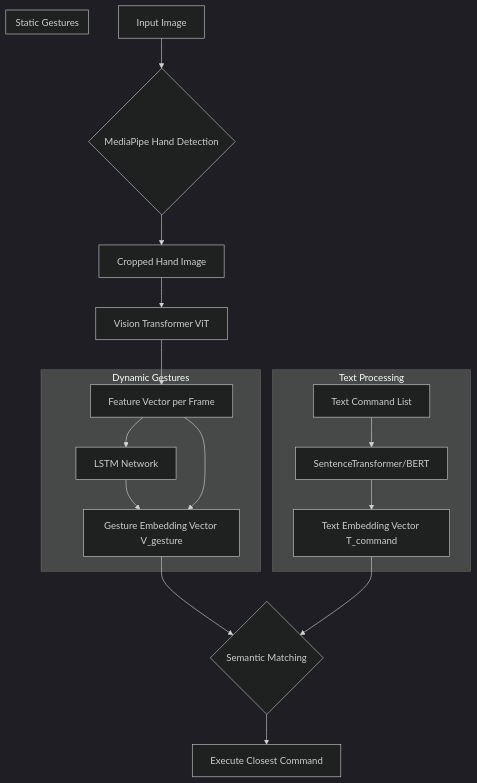
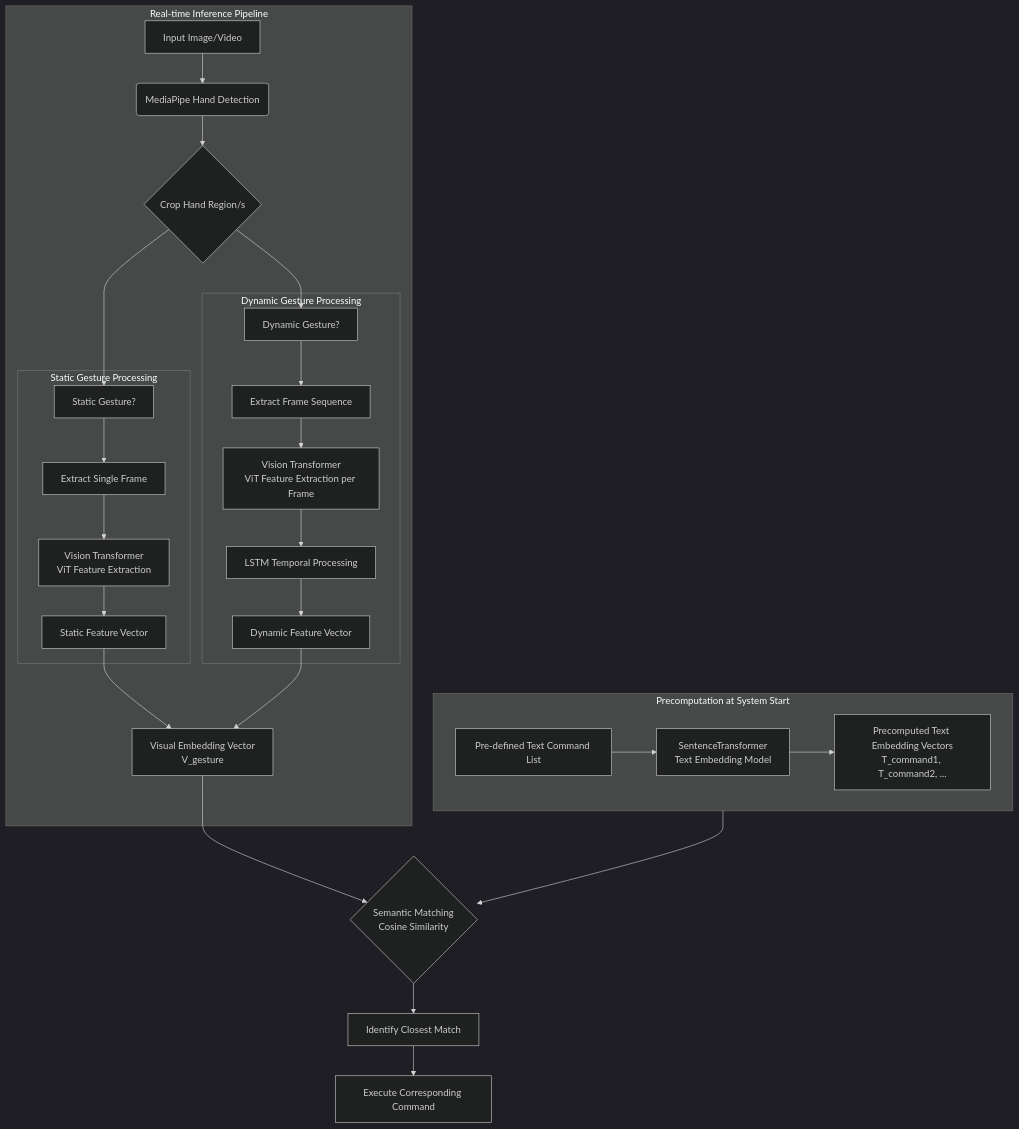
One commit to ntsrigaud/Maestro changed the diagram in docs/Topics/contribution_explanation.md. Above: the diagram before and after it, drawn with Mermaid (dark theme). The commit also changed other lines of this file, not shown here.

Commit message:
docs: Fix the Project Graph Archictecture and Explanation

````diff
--- a/docs/Topics/contribution_explanation.md
+++ b/docs/Topics/contribution_explanation.md
@@ -26,22 +26,37 @@
 ```mermaid
-graph TD
-    A[Input Image] --> B{MediaPipe Hand Detection};
-    B --> C[Cropped Hand Image];
-    C --> D[Vision Transformer ViT];
-    D --> E[Feature Vector per Frame];
-    subgraph Dynamic Gestures
-        E --> F[LSTM Network];
-        F --> G[Gesture Embedding Vector V_gesture];
+flowchart TD
+    subgraph Precomputation [Precomputation at System Start]
+        direction LR
+        N[Pre-defined Text Command List] --> O[SentenceTransformer<br>Text Embedding Model]
+        O --> P[Precomputed Text Embedding Vectors<br>T_command1, T_command2, ...]
     end
-    subgraph Static Gestures
-        E --> G;
+
+    subgraph RealtimeInference [Real-time Inference Pipeline]
+        A[Input Image/Video] --> B(MediaPipe Hand Detection)
+        B --> C{Crop Hand Region/s}
+        C --> D[Static Gesture?]
+        C --> E[Dynamic Gesture?]
+
+        subgraph StaticPath [Static Gesture Processing]
+            D --> F[Extract Single Frame]
+            F --> G[Vision Transformer<br>ViT Feature Extraction]
+            G --> H[Static Feature Vector]
+        end
+
+        subgraph DynamicPath [Dynamic Gesture Processing]
+            E --> I[Extract Frame Sequence]
+            I --> J[Vision Transformer<br>ViT Feature Extraction per Frame]
+            J --> K[LSTM Temporal Processing]
+            K --> L[Dynamic Feature Vector]
+        end
+
+        H --> M[Visual Embedding Vector<br>V_gesture]
+        L --> M
     end
-    subgraph Text Processing
-        H[Text Command List] --> I[SentenceTransformer/BERT];
-        I --> J[Text Embedding Vector T_command];
-    end
-    G --> K{Semantic Matching};
-    J --> K;
-    K --> L[Execute Closest Command];
 
+    M --> Q{Semantic Matching<br>Cosine Similarity}
+    P --> Q
+
+    Q --> R[Identify Closest Match]
+    R --> S[Execute Corresponding Command]
 ```
````
